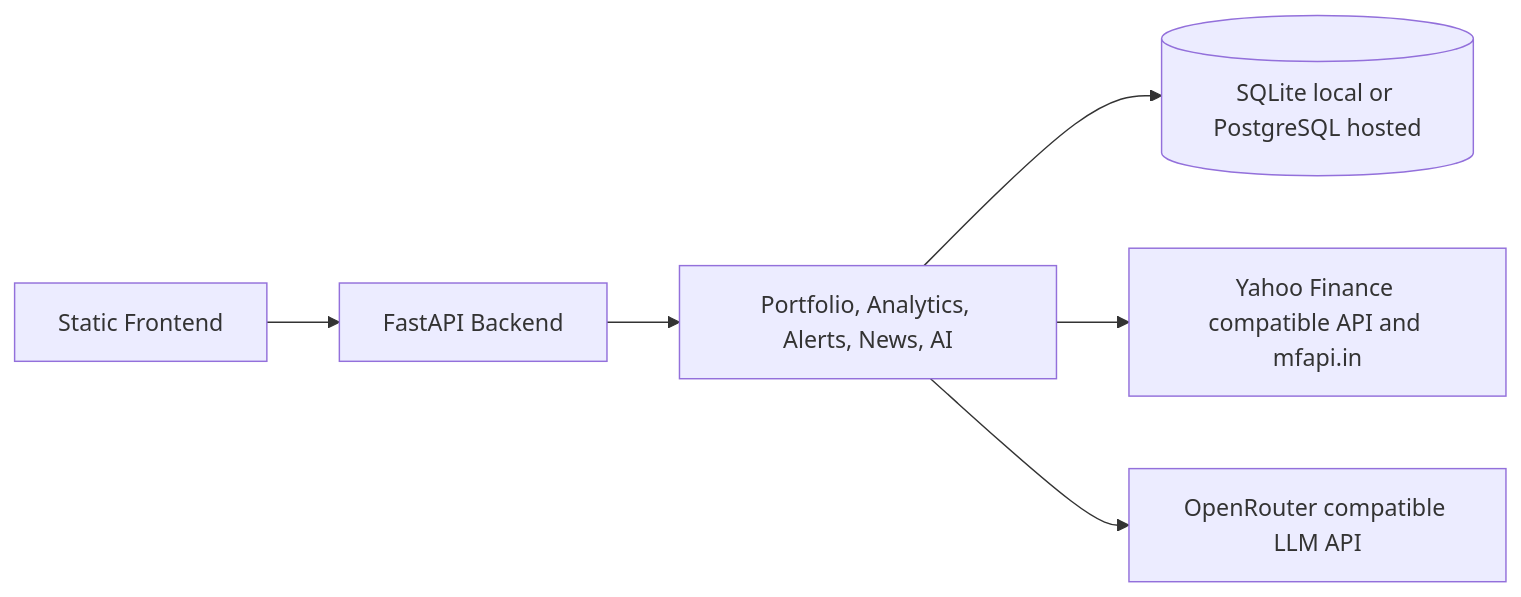
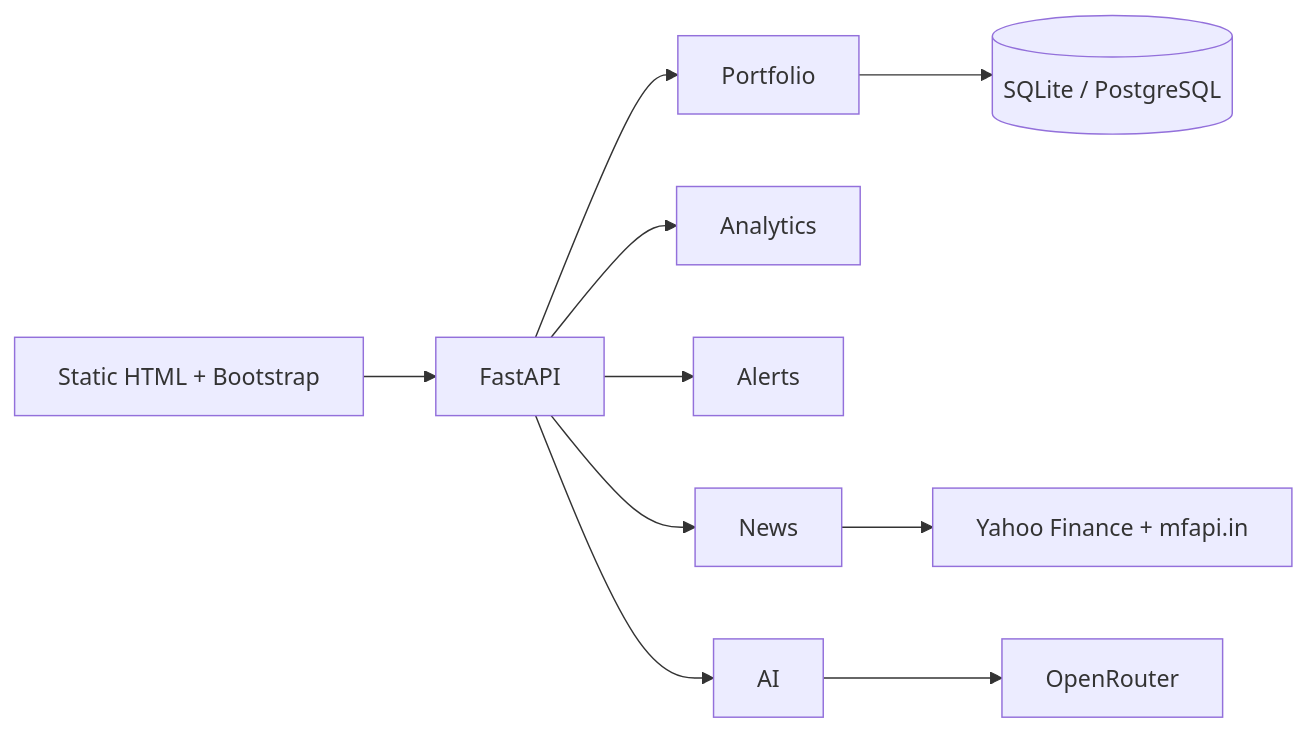
The diagram in README.md (sathishkannan-sakthivel/myfinreview), drawn with Mermaid before and after one commit. The commit also changed other lines of this file and 4 other files, not shown here.

````diff
--- a/README.md
+++ b/README.md
@@ -59,8 +159,19 @@
 ```mermaid
 flowchart LR
-    UI[Static Frontend] --> API[FastAPI Backend]
-    API --> Services[Portfolio, Analytics, Alerts, News, AI]
-    Services --> DB[(SQLite local or PostgreSQL hosted)]
-    Services --> Market[Yahoo Finance compatible API and mfapi.in]
-    Services --> LLM[OpenRouter compatible LLM API]
+
+Frontend["Static HTML + Bootstrap"]
+
+Frontend --> API["FastAPI"]
+
+API --> Portfolio
+API --> Analytics
+API --> Alerts
+API --> News
+API --> AI
+
+Portfolio --> Database[(SQLite / PostgreSQL)]
+
+News --> Market["Yahoo Finance + mfapi.in"]
+
+AI --> OpenRouter
 ```
````
